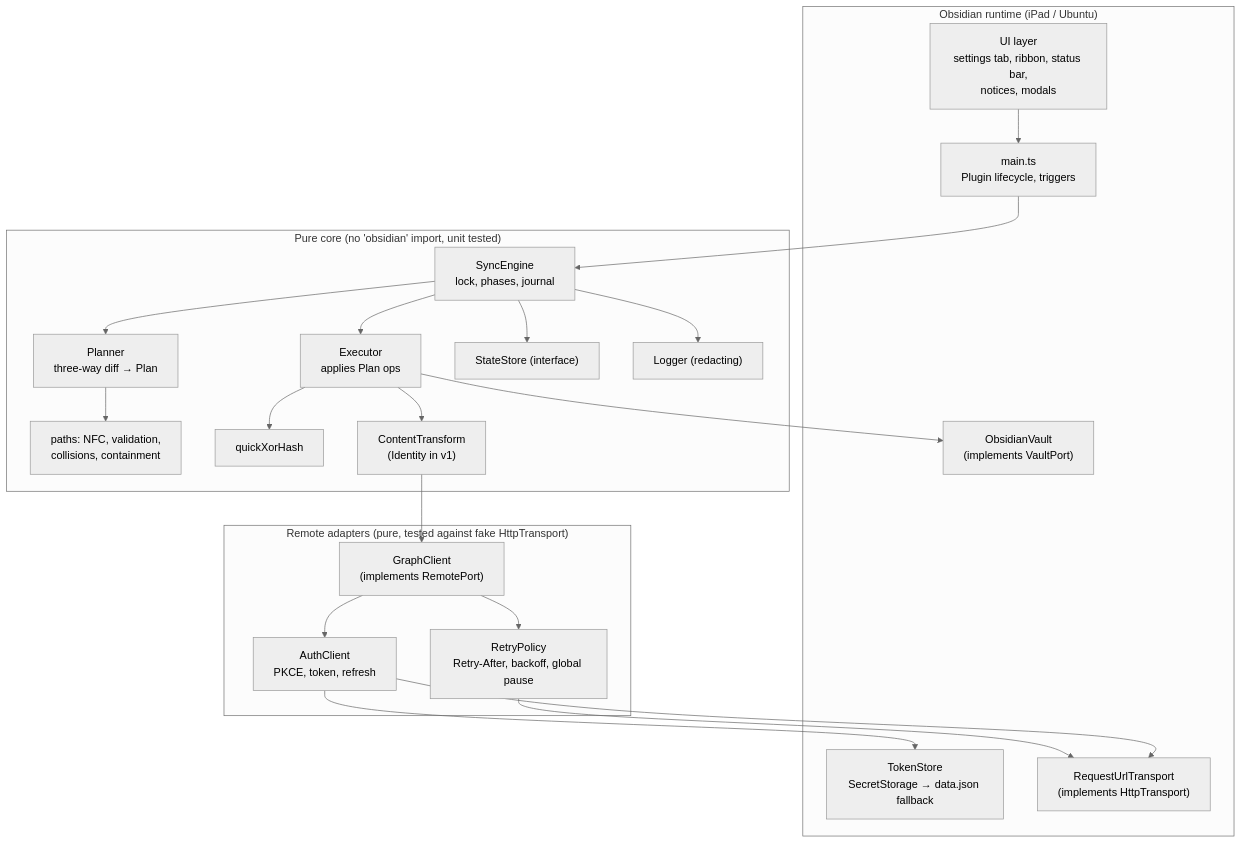
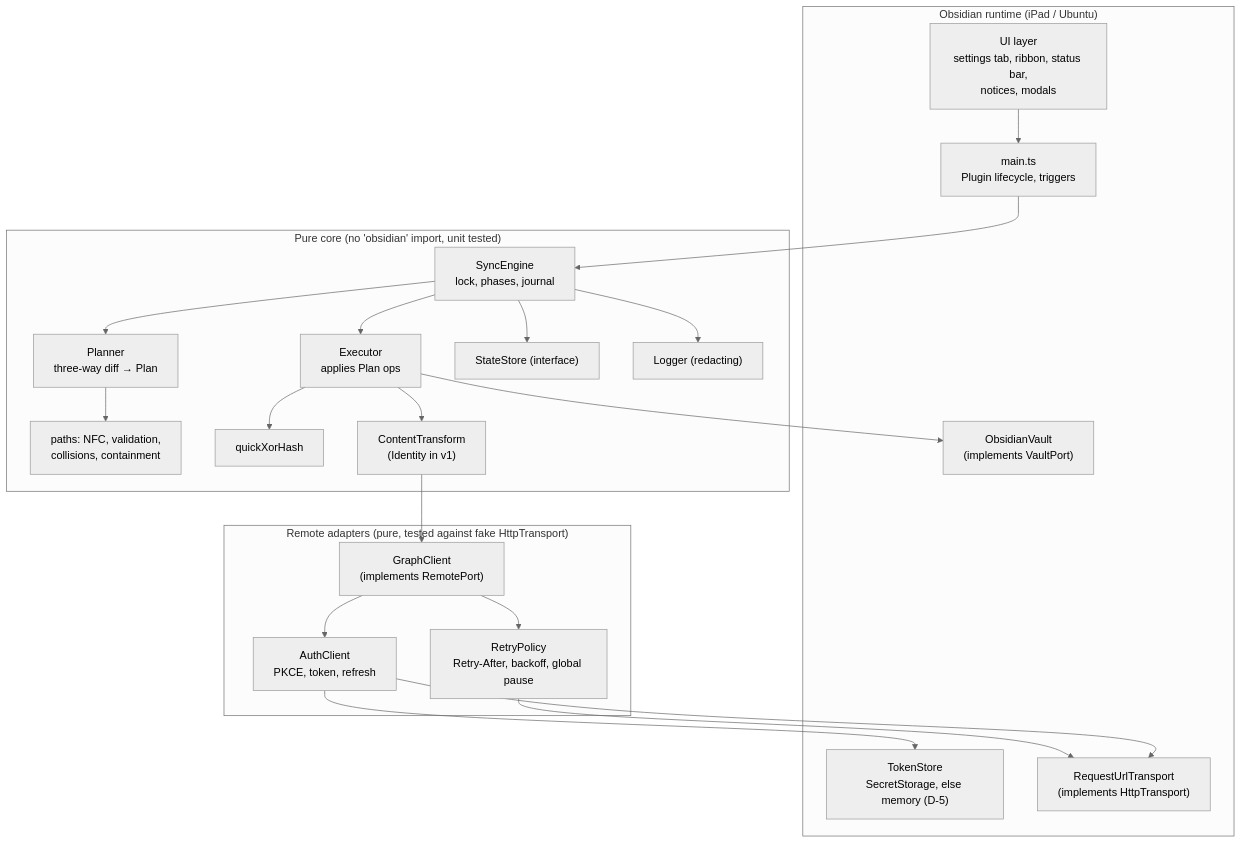
Before and after one commit to caseke/MDVaultSync: the first of 2 diagrams in docs/design.md, drawn with Mermaid (neutral theme). The commit also changed other lines of this file and 27 other files, not shown here.

````diff
--- a/docs/design.md
+++ b/docs/design.md
@@ -7,37 +7,37 @@
 ```mermaid
 flowchart TB
   subgraph Obsidian["Obsidian runtime (iPad / Ubuntu)"]
     UI["UI layer<br/>settings tab, ribbon, status bar,<br/>notices, modals"]
     Main["main.ts<br/>Plugin lifecycle, triggers"]
     VA["ObsidianVault<br/>(implements VaultPort)"]
-    TS["TokenStore<br/>SecretStorage → data.json fallback"]
+    TS["TokenStore<br/>SecretStorage, else memory (D-5)"]
     Http["RequestUrlTransport<br/>(implements HttpTransport)"]
   end
   subgraph Core["Pure core (no 'obsidian' import, unit tested)"]
     Engine["SyncEngine<br/>lock, phases, journal"]
     Planner["Planner<br/>three-way diff → Plan"]
     Exec["Executor<br/>applies Plan ops"]
     State["StateStore (interface)"]
     Paths["paths: NFC, validation,<br/>collisions, containment"]
     Hash["quickXorHash"]
     Xf["ContentTransform<br/>(Identity in v1)"]
     Log["Logger (redacting)"]
   end
   subgraph Remote["Remote adapters (pure, tested against fake HttpTransport)"]
     Auth["AuthClient<br/>PKCE, token, refresh"]
     Graph["GraphClient<br/>(implements RemotePort)"]
     Retry["RetryPolicy<br/>Retry-After, backoff, global pause"]
   end
   Main --> Engine
   UI --> Main
   Engine --> Planner --> Paths
   Engine --> Exec
   Exec --> VA
   Exec --> Xf --> Graph
   Exec --> Hash
   Engine --> State
   Graph --> Retry --> Http
   Graph --> Auth --> Http
   Auth --> TS
   Engine --> Log
 ```
````
